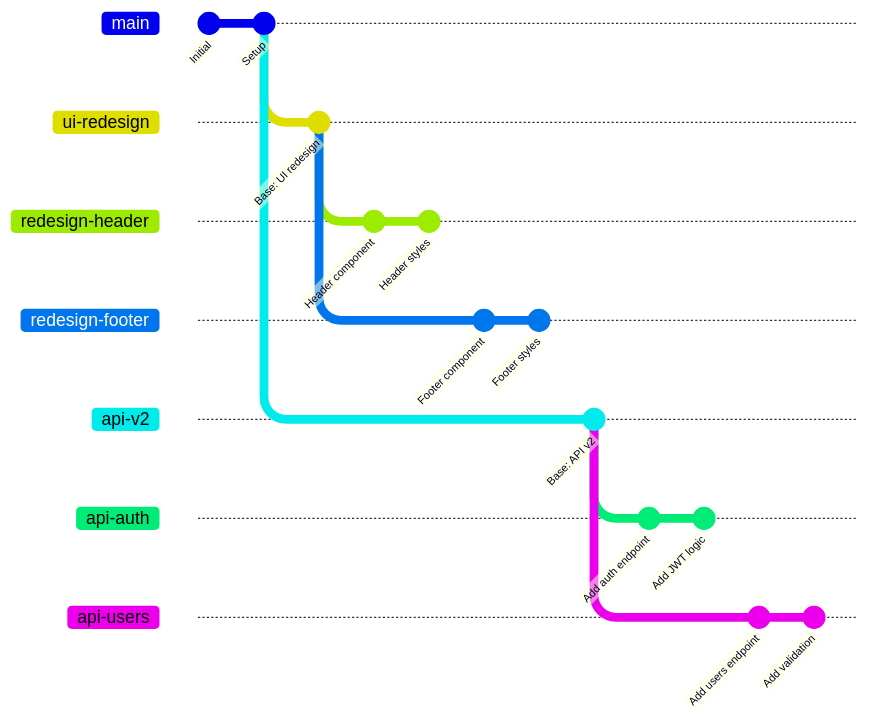
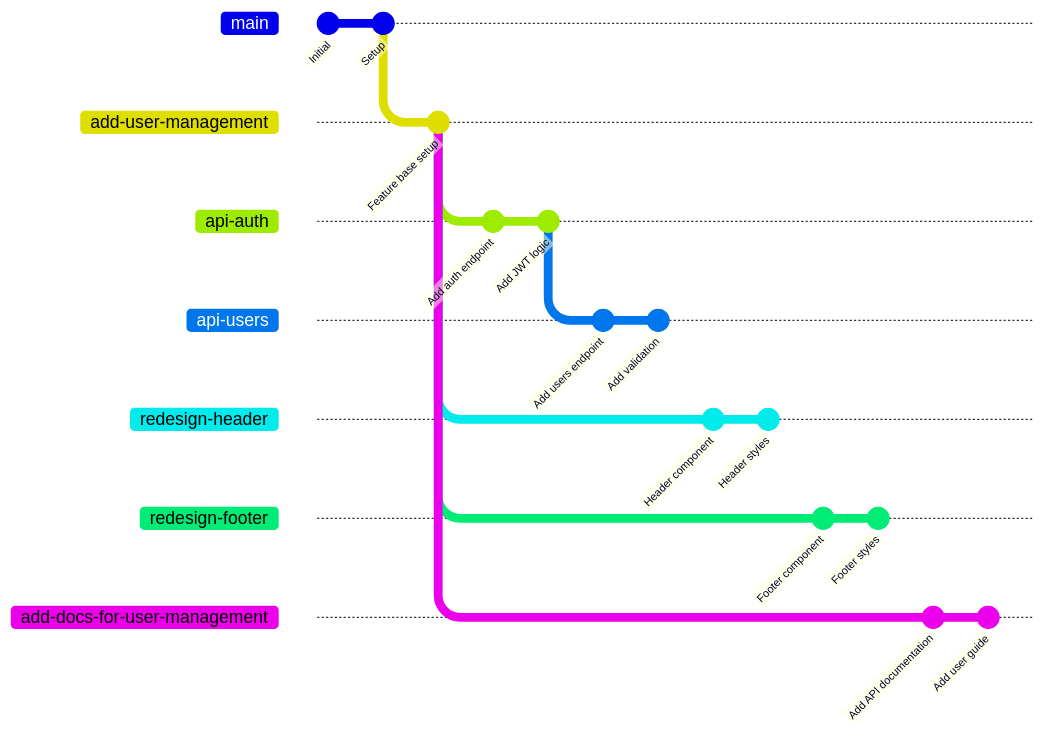
One commit to yannvanhalewyn/prstack changed the diagram in documentation/content/docs/reference/feature-base.mdx. Above: the diagram before and after it, drawn with Mermaid. The commit also changed other lines of this file and 5 other files, not shown here.

Commit message:
(feat): update feature-base page

````diff
--- a/documentation/content/docs/reference/feature-base.mdx
+++ b/documentation/content/docs/reference/feature-base.mdx
@@ -24,24 +24,25 @@
 ```mermaid
 gitGraph
   commit id: "Initial"
   commit id: "Setup"
-  branch ui-redesign
-  commit id: "Base: UI redesign"
+  branch add-user-management
+  commit id: "Feature base setup"
+  branch api-auth
+  commit id: "Add auth endpoint"
+  commit id: "Add JWT logic"
+  branch api-users
+  commit id: "Add users endpoint"
+  commit id: "Add validation"
+  checkout add-user-management
   branch redesign-header
   commit id: "Header component"
   commit id: "Header styles"
-  checkout ui-redesign
+  checkout add-user-management
   branch redesign-footer
   commit id: "Footer component"
   commit id: "Footer styles"
-  checkout main
-  branch api-v2
-  commit id: "Base: API v2"
-  branch api-auth
-  commit id: "Add auth endpoint"
-  commit id: "Add JWT logic"
-  checkout api-v2
-  branch api-users
-  commit id: "Add users endpoint"
-  commit id: "Add validation"
+  checkout add-user-management
+  branch add-docs-for-user-management
+  commit id: "Add API documentation"
+  commit id: "Add user guide"
 ```
````
